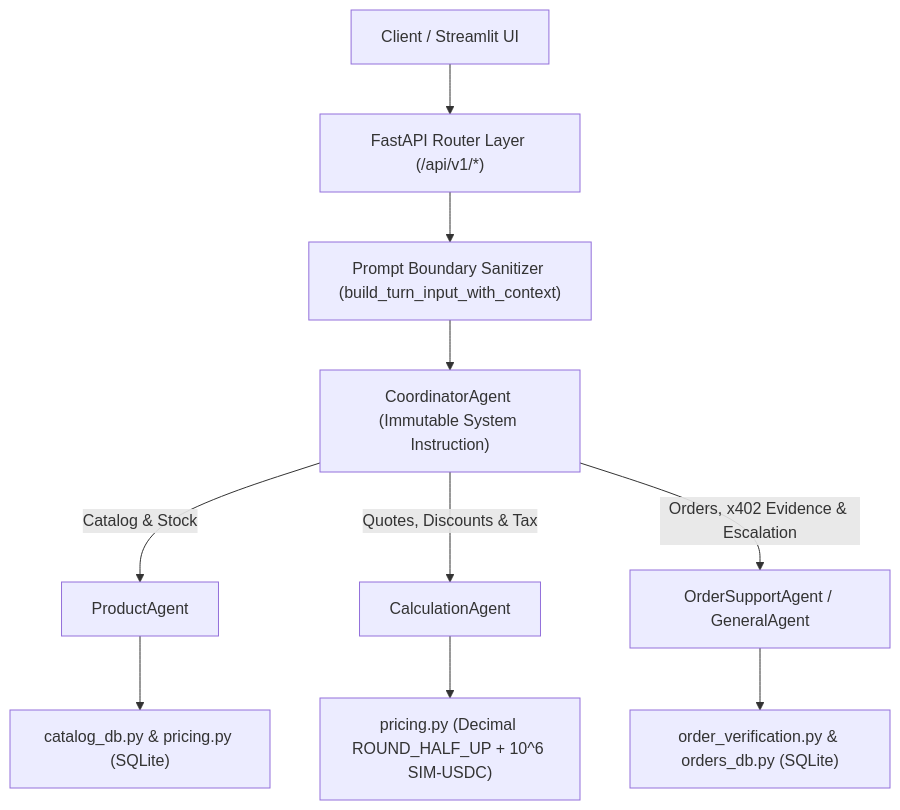
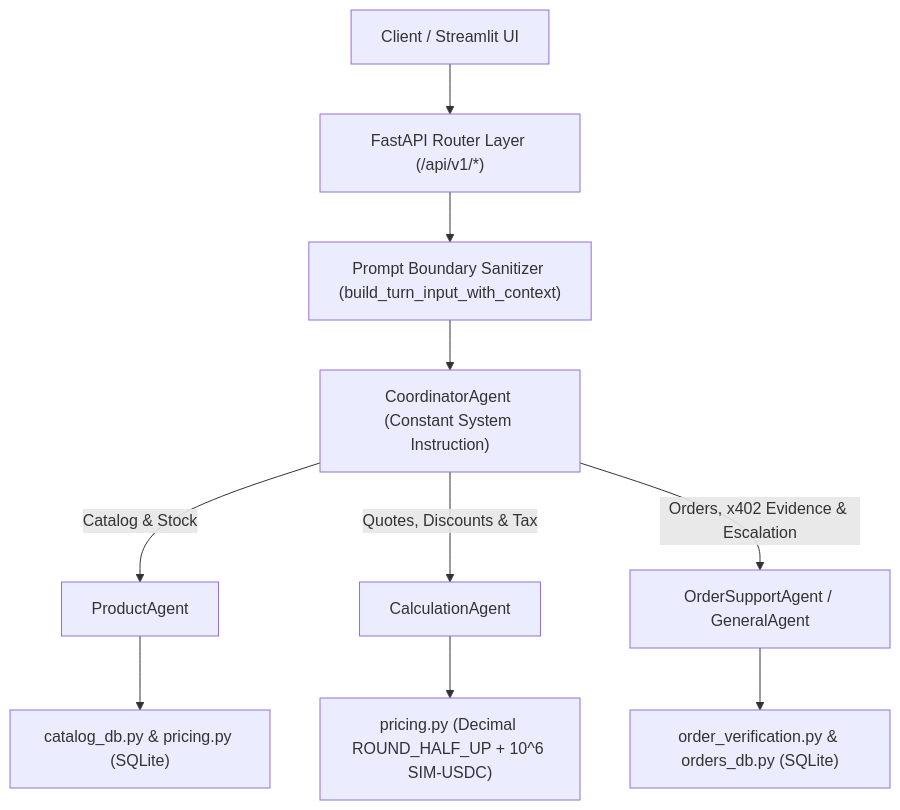
Before and after one commit to AlvLeoAI/multi-agent-ecommerce-support: the diagram in README.md, drawn with Mermaid. The commit also changed other lines of this file and 4 other files, not shown here.

````diff
--- a/README.md
+++ b/README.md
@@ -53,14 +53,14 @@
 ```mermaid
 flowchart TD
     Client["Client / Streamlit UI"] --> API["FastAPI Router Layer (/api/v1/*)"]
     API --> Sanitizer["Prompt Boundary Sanitizer (build_turn_input_with_context)"]
-    Sanitizer --> Coord["CoordinatorAgent (Immutable System Instruction)"]
+    Sanitizer --> Coord["CoordinatorAgent (Constant System Instruction)"]
 
     Coord -->|Catalog & Stock| ProdAgent["ProductAgent"]
     Coord -->|Quotes, Discounts & Tax| CalcAgent["CalculationAgent"]
     Coord -->|Orders, x402 Evidence & Escalation| OrdAgent["OrderSupportAgent / GeneralAgent"]
 
     ProdAgent --> CatalogSvc["catalog_db.py & pricing.py (SQLite)"]
     CalcAgent --> PricingSvc["pricing.py (Decimal ROUND_HALF_UP + 10^6 SIM-USDC)"]
     OrdAgent --> VerifySvc["order_verification.py & orders_db.py (SQLite)"]
 ```
````
